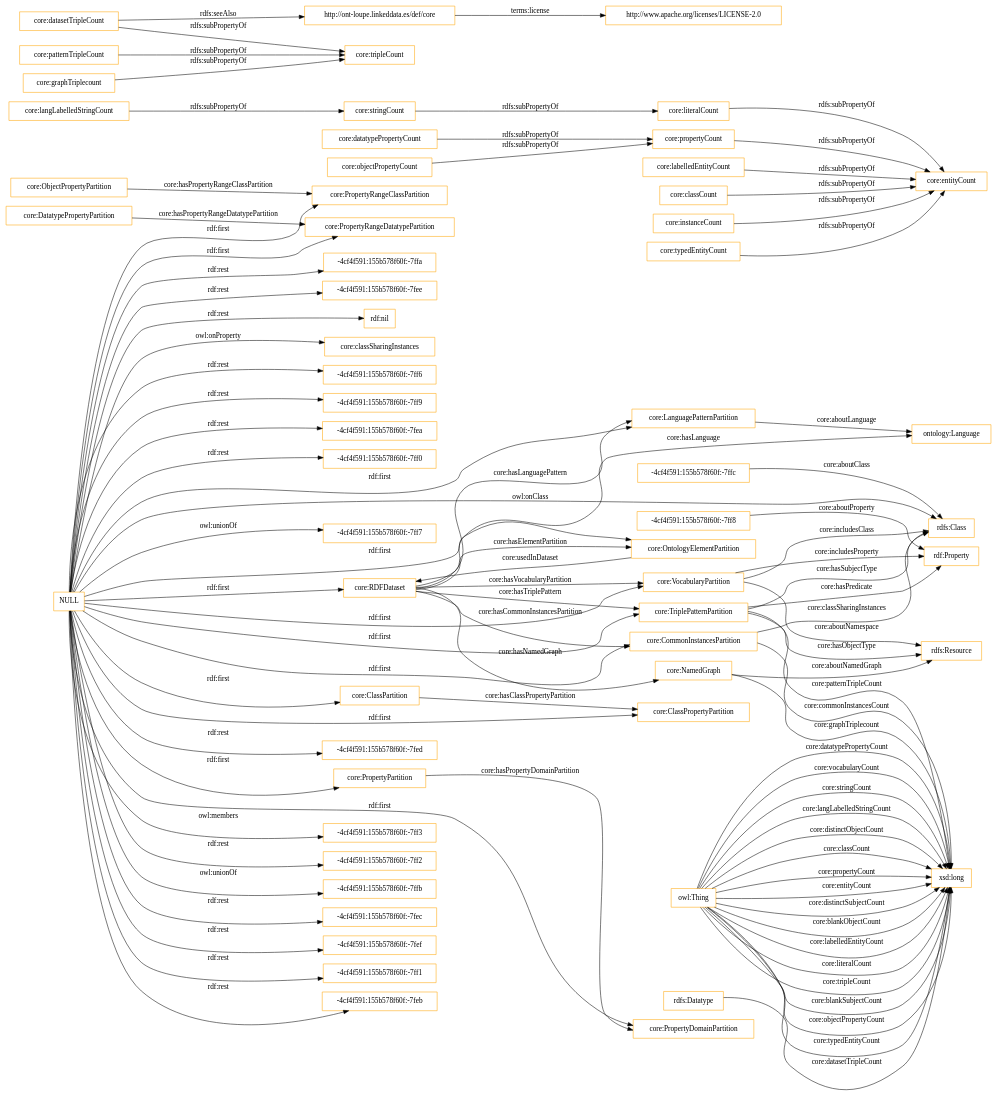
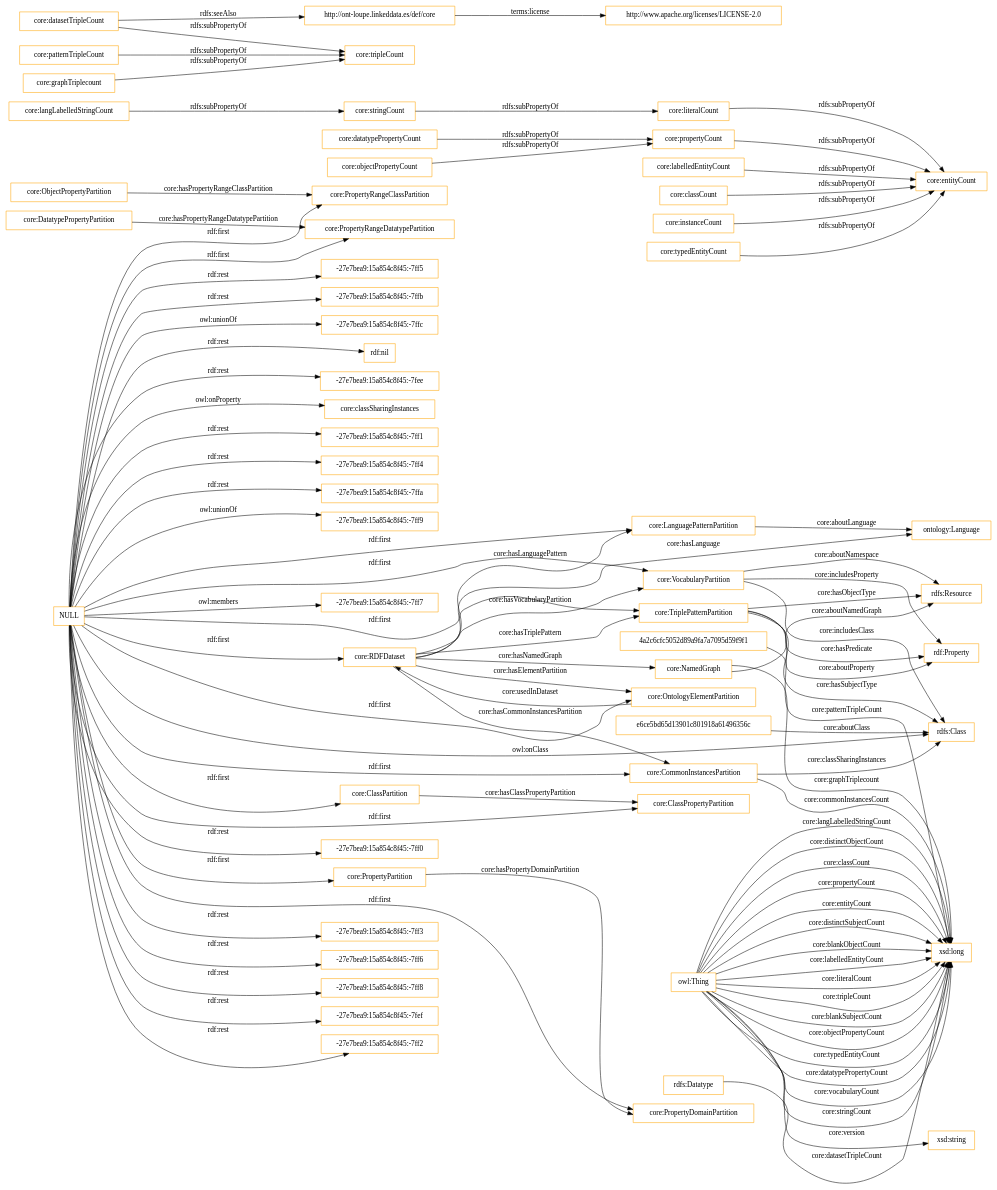
One commit to nandana/loupe-ontology changed the diagram in OnToology/src/ontology/loupe-ontology.owl/diagrams/ar2dtool-class/loupe-ontology.owl.png.dot. Above: the diagram before and after it, drawn with Graphviz. The commit also changed 19 other files, not shown here.

```diff
--- a/OnToology/src/ontology/loupe-ontology.owl/diagrams/ar2dtool-class/loupe-ontology.owl.png.dot
+++ b/OnToology/src/ontology/loupe-ontology.owl/diagrams/ar2dtool-class/loupe-ontology.owl.png.dot
@@ -1,94 +1,95 @@
 digraph ar2dtool_diagram { 
 rankdir=LR;
 size="1501"
-node [shape = rectangle, color="orange"]; "core:RDFDataset" "core:PropertyRangeClassPartition" "core:OntologyElementPartition" "core:ObjectPropertyPartition" "-4cf4f591:155b578f60f:-7ffc" "core:ClassPropertyPartition" "-4cf4f591:155b578f60f:-7ff8" "rdfs:Resource" "core:ClassPartition" "core:CommonInstancesPartition" "core:NamedGraph" "rdfs:Class" "core:LanguagePatternPartition" "core:PropertyRangeDatatypePartition" "rdfs:Datatype" "rdf:Property" "core:PropertyPartition" "core:TriplePatternPartition" "ontology:Language" "core:DatatypePropertyPartition" "core:VocabularyPartition" "core:PropertyDomainPartition" ; /*classes style*/
+node [shape = rectangle, color="orange"]; "core:RDFDataset" "core:PropertyRangeClassPartition" "core:OntologyElementPartition" "core:ObjectPropertyPartition" "core:ClassPropertyPartition" "rdfs:Resource" "core:ClassPartition" "e6ce5bd65d13901c801918a61496356c" "core:CommonInstancesPartition" "core:NamedGraph" "4a2c6cfc5052d89a9fa7a7095d59f9f1" "rdfs:Class" "core:LanguagePatternPartition" "core:PropertyRangeDatatypePartition" "rdfs:Datatype" "rdf:Property" "core:PropertyPartition" "core:TriplePatternPartition" "ontology:Language" "core:DatatypePropertyPartition" "core:VocabularyPartition" "core:PropertyDomainPartition" ; /*classes style*/
 	"core:langLabelledStringCount" -> "core:stringCount" [ label = "rdfs:subPropertyOf" ];
 	"core:datatypePropertyCount" -> "core:propertyCount" [ label = "rdfs:subPropertyOf" ];
 	"core:labelledEntityCount" -> "core:entityCount" [ label = "rdfs:subPropertyOf" ];
 	"http://ont-loupe.linkeddata.es/def/core" -> "http://www.apache.org/licenses/LICENSE-2.0" [ label = "terms:license" ];
 	"core:datasetTripleCount" -> "http://ont-loupe.linkeddata.es/def/core" [ label = "rdfs:seeAlso" ];
 	"core:datasetTripleCount" -> "core:tripleCount" [ label = "rdfs:subPropertyOf" ];
 	"core:propertyCount" -> "core:entityCount" [ label = "rdfs:subPropertyOf" ];
 	"core:classCount" -> "core:entityCount" [ label = "rdfs:subPropertyOf" ];
 	"core:instanceCount" -> "core:entityCount" [ label = "rdfs:subPropertyOf" ];
 	"core:patternTripleCount" -> "core:tripleCount" [ label = "rdfs:subPropertyOf" ];
-	"NULL" -> "-4cf4f591:155b578f60f:-7ff3" [ label = "owl:members" ];
 	"NULL" -> "core:OntologyElementPartition" [ label = "rdf:first" ];
+	"NULL" -> "-27e7bea9:15a854c8f45:-7ff3" [ label = "rdf:rest" ];
+	"NULL" -> "-27e7bea9:15a854c8f45:-7ff6" [ label = "rdf:rest" ];
 	"NULL" -> "core:PropertyPartition" [ label = "rdf:first" ];
 	"NULL" -> "core:LanguagePatternPartition" [ label = "rdf:first" ];
-	"NULL" -> "-4cf4f591:155b578f60f:-7ff2" [ label = "rdf:rest" ];
 	"NULL" -> "core:PropertyRangeDatatypePartition" [ label = "rdf:first" ];
-	"NULL" -> "-4cf4f591:155b578f60f:-7ffb" [ label = "owl:unionOf" ];
+	"NULL" -> "core:PropertyDomainPartition" [ label = "rdf:first" ];
 	"NULL" -> "core:PropertyRangeClassPartition" [ label = "rdf:first" ];
-	"NULL" -> "core:PropertyDomainPartition" [ label = "rdf:first" ];
 	"NULL" -> "core:CommonInstancesPartition" [ label = "rdf:first" ];
-	"NULL" -> "-4cf4f591:155b578f60f:-7fec" [ label = "rdf:rest" ];
-	"NULL" -> "-4cf4f591:155b578f60f:-7fef" [ label = "rdf:rest" ];
+	"NULL" -> "-27e7bea9:15a854c8f45:-7ff8" [ label = "rdf:rest" ];
+	"NULL" -> "-27e7bea9:15a854c8f45:-7fef" [ label = "rdf:rest" ];
 	"NULL" -> "core:ClassPartition" [ label = "rdf:first" ];
-	"NULL" -> "-4cf4f591:155b578f60f:-7ff1" [ label = "rdf:rest" ];
-	"NULL" -> "-4cf4f591:155b578f60f:-7feb" [ label = "rdf:rest" ];
-	"NULL" -> "-4cf4f591:155b578f60f:-7ffa" [ label = "rdf:rest" ];
-	"NULL" -> "-4cf4f591:155b578f60f:-7fee" [ label = "rdf:rest" ];
+	"NULL" -> "-27e7bea9:15a854c8f45:-7ff2" [ label = "rdf:rest" ];
+	"NULL" -> "-27e7bea9:15a854c8f45:-7ff5" [ label = "rdf:rest" ];
+	"NULL" -> "-27e7bea9:15a854c8f45:-7ffb" [ label = "rdf:rest" ];
+	"NULL" -> "-27e7bea9:15a854c8f45:-7ffc" [ label = "owl:unionOf" ];
 	"NULL" -> "rdf:nil" [ label = "rdf:rest" ];
 	"NULL" -> "rdfs:Class" [ label = "owl:onClass" ];
 	"NULL" -> "core:VocabularyPartition" [ label = "rdf:first" ];
+	"NULL" -> "-27e7bea9:15a854c8f45:-7fee" [ label = "rdf:rest" ];
 	"NULL" -> "core:TriplePatternPartition" [ label = "rdf:first" ];
 	"NULL" -> "core:classSharingInstances" [ label = "owl:onProperty" ];
+	"NULL" -> "-27e7bea9:15a854c8f45:-7ff1" [ label = "rdf:rest" ];
 	"NULL" -> "core:ClassPropertyPartition" [ label = "rdf:first" ];
-	"NULL" -> "-4cf4f591:155b578f60f:-7ff6" [ label = "rdf:rest" ];
-	"NULL" -> "-4cf4f591:155b578f60f:-7ff9" [ label = "rdf:rest" ];
-	"NULL" -> "-4cf4f591:155b578f60f:-7fea" [ label = "rdf:rest" ];
-	"NULL" -> "-4cf4f591:155b578f60f:-7ff0" [ label = "rdf:rest" ];
-	"NULL" -> "-4cf4f591:155b578f60f:-7ff7" [ label = "owl:unionOf" ];
+	"NULL" -> "-27e7bea9:15a854c8f45:-7ff4" [ label = "rdf:rest" ];
+	"NULL" -> "-27e7bea9:15a854c8f45:-7ffa" [ label = "rdf:rest" ];
+	"NULL" -> "-27e7bea9:15a854c8f45:-7ff9" [ label = "owl:unionOf" ];
 	"NULL" -> "core:RDFDataset" [ label = "rdf:first" ];
-	"NULL" -> "-4cf4f591:155b578f60f:-7fed" [ label = "rdf:rest" ];
+	"NULL" -> "-27e7bea9:15a854c8f45:-7ff7" [ label = "owl:members" ];
+	"NULL" -> "-27e7bea9:15a854c8f45:-7ff0" [ label = "rdf:rest" ];
 	"core:literalCount" -> "core:entityCount" [ label = "rdfs:subPropertyOf" ];
 	"core:objectPropertyCount" -> "core:propertyCount" [ label = "rdfs:subPropertyOf" ];
 	"core:typedEntityCount" -> "core:entityCount" [ label = "rdfs:subPropertyOf" ];
 	"core:graphTriplecount" -> "core:tripleCount" [ label = "rdfs:subPropertyOf" ];
 	"core:stringCount" -> "core:literalCount" [ label = "rdfs:subPropertyOf" ];
 	"core:VocabularyPartition" -> "rdf:Property" [ label = "core:includesProperty" ];
 	"owl:Thing" -> "xsd:long" [ label = "core:tripleCount" ];
 	"owl:Thing" -> "xsd:long" [ label = "core:blankSubjectCount" ];
 	"owl:Thing" -> "xsd:long" [ label = "core:objectPropertyCount" ];
 	"core:CommonInstancesPartition" -> "xsd:long" [ label = "core:commonInstancesCount" ];
 	"core:NamedGraph" -> "xsd:long" [ label = "core:graphTriplecount" ];
 	"core:RDFDataset" -> "core:TriplePatternPartition" [ label = "core:hasTriplePattern" ];
 	"owl:Thing" -> "xsd:long" [ label = "core:typedEntityCount" ];
 	"core:RDFDataset" -> "core:VocabularyPartition" [ label = "core:hasVocabularyPartition" ];
 	"core:DatatypePropertyPartition" -> "core:PropertyRangeDatatypePartition" [ label = "core:hasPropertyRangeDatatypePartition" ];
+	"owl:Thing" -> "xsd:string" [ label = "core:version" ];
 	"core:NamedGraph" -> "rdfs:Resource" [ label = "core:aboutNamedGraph" ];
 	"core:LanguagePatternPartition" -> "ontology:Language" [ label = "core:aboutLanguage" ];
 	"core:ClassPartition" -> "core:ClassPropertyPartition" [ label = "core:hasClassPropertyPartition" ];
 	"owl:Thing" -> "xsd:long" [ label = "core:datatypePropertyCount" ];
 	"core:VocabularyPartition" -> "rdfs:Resource" [ label = "core:aboutNamespace" ];
 	"owl:Thing" -> "xsd:long" [ label = "core:vocabularyCount" ];
 	"core:RDFDataset" -> "ontology:Language" [ label = "core:hasLanguage" ];
 	"core:RDFDataset" -> "core:LanguagePatternPartition" [ label = "core:hasLanguagePattern" ];
-	"-4cf4f591:155b578f60f:-7ff8" -> "rdf:Property" [ label = "core:aboutProperty" ];
+	"4a2c6cfc5052d89a9fa7a7095d59f9f1" -> "rdf:Property" [ label = "core:aboutProperty" ];
 	"owl:Thing" -> "xsd:long" [ label = "core:stringCount" ];
-	"-4cf4f591:155b578f60f:-7ffc" -> "rdfs:Class" [ label = "core:aboutClass" ];
+	"e6ce5bd65d13901c801918a61496356c" -> "rdfs:Class" [ label = "core:aboutClass" ];
 	"owl:Thing" -> "xsd:long" [ label = "core:langLabelledStringCount" ];
 	"owl:Thing" -> "xsd:long" [ label = "core:distinctObjectCount" ];
 	"core:TriplePatternPartition" -> "rdfs:Resource" [ label = "core:hasObjectType" ];
 	"owl:Thing" -> "xsd:long" [ label = "core:classCount" ];
 	"core:VocabularyPartition" -> "rdfs:Class" [ label = "core:includesClass" ];
 	"core:TriplePatternPartition" -> "xsd:long" [ label = "core:patternTripleCount" ];
 	"owl:Thing" -> "xsd:long" [ label = "core:propertyCount" ];
 	"core:CommonInstancesPartition" -> "rdfs:Class" [ label = "core:classSharingInstances" ];
 	"rdfs:Datatype" -> "xsd:long" [ label = "core:datasetTripleCount" ];
 	"owl:Thing" -> "xsd:long" [ label = "core:entityCount" ];
 	"core:OntologyElementPartition" -> "core:RDFDataset" [ label = "core:usedInDataset" ];
 	"core:TriplePatternPartition" -> "rdf:Property" [ label = "core:hasPredicate" ];
 	"core:RDFDataset" -> "core:CommonInstancesPartition" [ label = "core:hasCommonInstancesPartition" ];
 	"core:RDFDataset" -> "core:OntologyElementPartition" [ label = "core:hasElementPartition" ];
 	"owl:Thing" -> "xsd:long" [ label = "core:distinctSubjectCount" ];
 	"owl:Thing" -> "xsd:long" [ label = "core:blankObjectCount" ];
 	"core:TriplePatternPartition" -> "rdfs:Class" [ label = "core:hasSubjectType" ];
 	"core:RDFDataset" -> "core:NamedGraph" [ label = "core:hasNamedGraph" ];
 	"core:ObjectPropertyPartition" -> "core:PropertyRangeClassPartition" [ label = "core:hasPropertyRangeClassPartition" ];
 	"owl:Thing" -> "xsd:long" [ label = "core:labelledEntityCount" ];
 	"core:PropertyPartition" -> "core:PropertyDomainPartition" [ label = "core:hasPropertyDomainPartition" ];
 	"owl:Thing" -> "xsd:long" [ label = "core:literalCount" ];
 
 }
```
